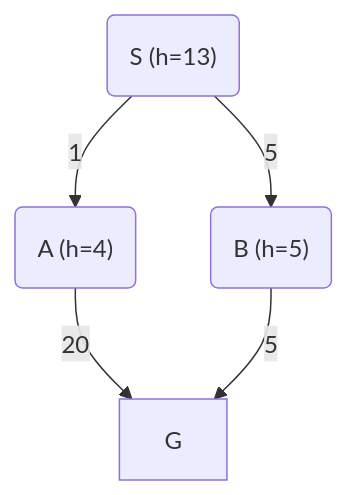
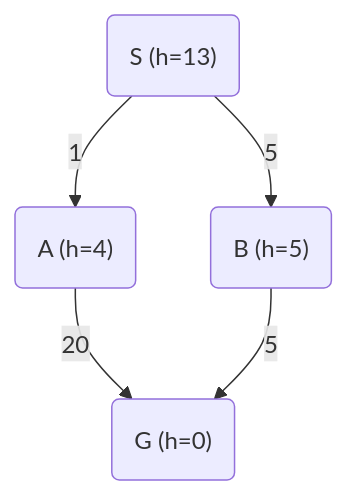
One commit to Asininite/ObsidianVault changed the first of 2 diagrams in Obsidian Vault/College/AI/Module 2/2.11 Informed Search - Best First Search.md. Above: the diagram before and after it, drawn with Mermaid. The commit also changed other lines of this file, not shown here.

````diff
--- a/Obsidian Vault/College/AI/Module 2/2.11 Informed Search - Best First Search.md
+++ b/Obsidian Vault/College/AI/Module 2/2.11 Informed Search - Best First Search.md
@@ -117,7 +117,7 @@
 ```mermaid
 graph TD;
 	S("S (h=13)")--> |1| A;
 	S--> |5| B;
-	A("A (h=4)")--> |20| G;
+	A("A (h=4)")--> |20| G("G (h=0)");
 	B("B (h=5)")--> |5| G;
 ```
````
